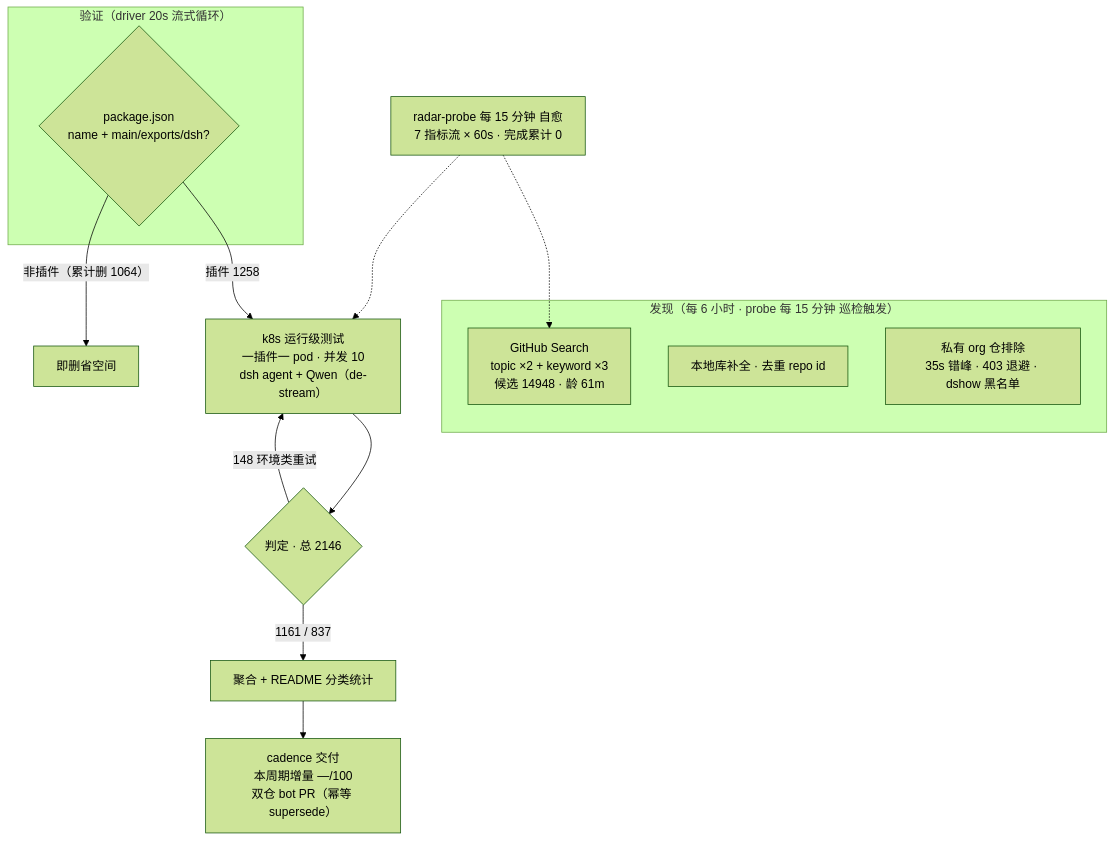
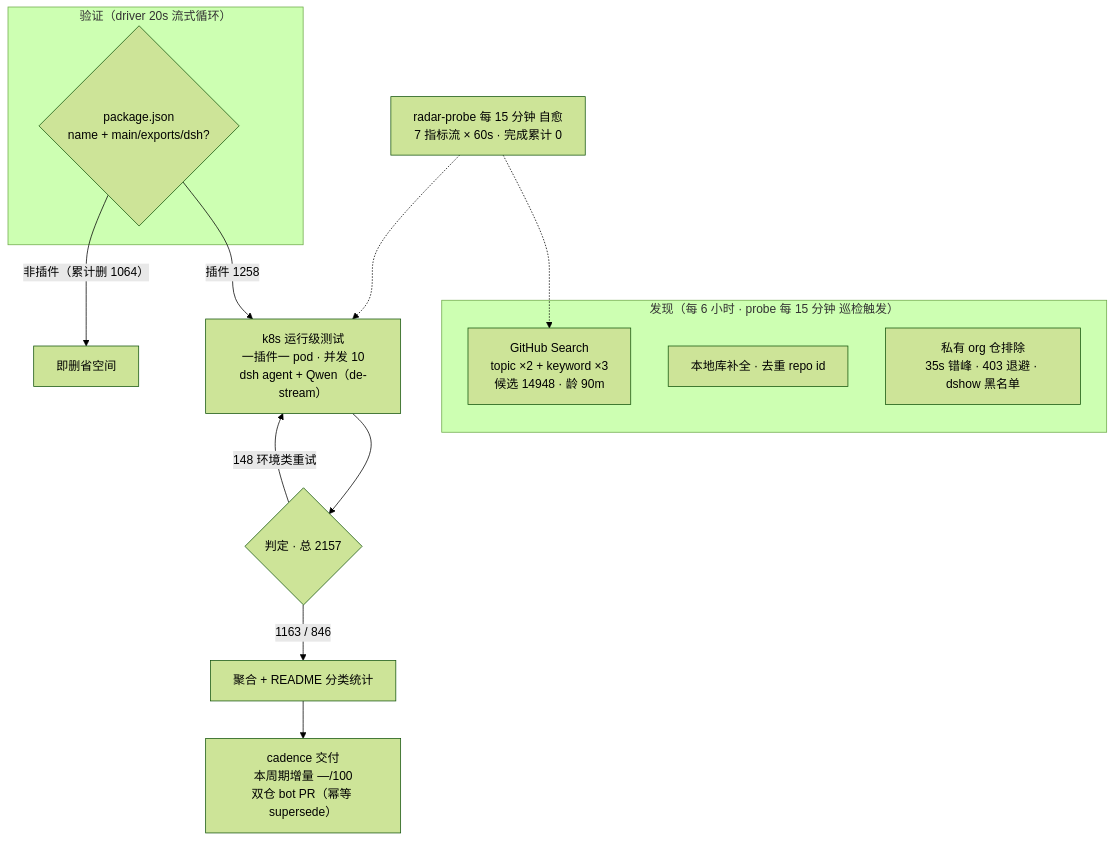
The diagram in README.md (Zhidao-Lab-OSS/awesome-dsh-plugins), drawn with Mermaid (forest theme) before and after one commit. The commit also changed other lines of this file and 1 other file, not shown here.

````diff
--- a/README.md
+++ b/README.md
@@ -37,20 +37,20 @@
 ```mermaid
 flowchart TB
     subgraph Discovery["发现（每 6 小时 · probe 每 15 分钟 巡检触发）"]
-        A1["GitHub Search<br/>topic ×2 + keyword ×3<br/>候选 14948 · 龄 61m"]
+        A1["GitHub Search<br/>topic ×2 + keyword ×3<br/>候选 14948 · 龄 90m"]
         A2["本地库补全 · 去重 repo id"]
         A3["私有 org 仓排除<br/>35s 错峰 · 403 退避 · dshow 黑名单"]
     end
     subgraph Validation["验证（driver 20s 流式循环）"]
         B1{"package.json<br/>name + main/exports/dsh?"}
     end
     B1 -->|"插件 1258"| C1["k8s 运行级测试<br/>一插件一 pod · 并发 10<br/>dsh agent + Qwen（de-stream）"]
     B1 -->|"非插件（累计删 1064）"| B3["即删省空间"]
-    C1 --> D1{"判定 · 总 2146"}
-    D1 -->|"1161 / 837"| E1["聚合 + README 分类统计"]
+    C1 --> D1{"判定 · 总 2157"}
+    D1 -->|"1163 / 846"| E1["聚合 + README 分类统计"]
     D1 -->|"148 环境类重试"| C1
     E1 --> E2["cadence 交付<br/>本周期增量 —/100<br/>双仓 bot PR（幂等 supersede）"]
     M["radar-probe 每 15 分钟 自愈<br/>7 指标流 × 60s · 完成累计 0"]
     M -.-> A1
     M -.-> C1
 ```
````
